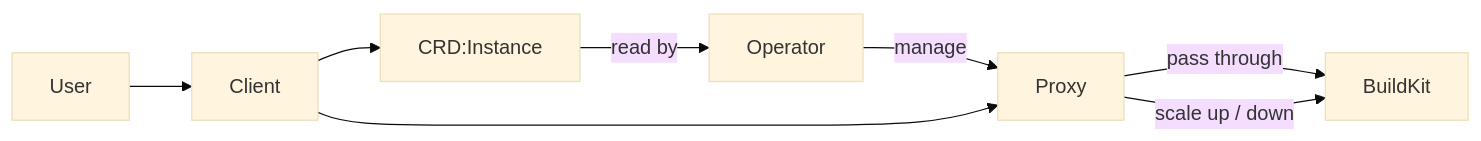
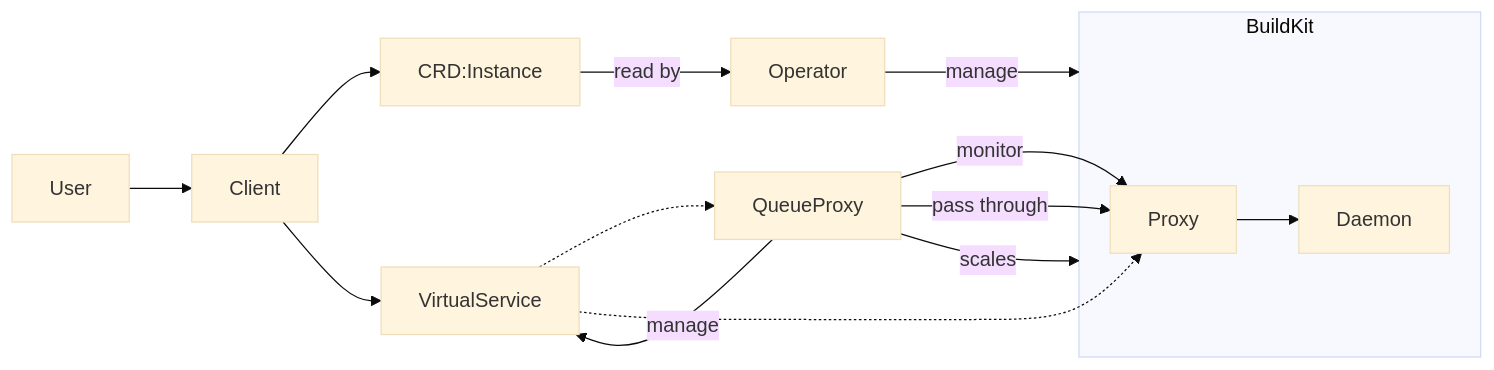
One commit to benjamin-wright/remote-build changed the diagram in README.md. Above: the diagram before and after it, drawn with Mermaid (base theme). The commit also changed other lines of this file, not shown here.

Commit message:
refining the plan

````diff
--- a/README.md
+++ b/README.md
@@ -18,11 +20,21 @@
 ```mermaid
 flowchart LR
   User --> Client
   Client --> CRD:Instance
   CRD:Instance -- read by --> Operator 
-  Operator -- manage --> Proxy
-  Client --> Proxy
-  Proxy -- pass through --> BuildKit
-  Proxy -- scale up / down --> BuildKit
+  Operator -- manage --> BuildKit
+  
+  Client --> VirtualService
 
+  QueueProxy -- monitor --> Proxy
+  QueueProxy -- pass through --> Proxy
+  QueueProxy -- manage --> VirtualService
+  QueueProxy -- scales --> BuildKit
+
+  VirtualService -.-> QueueProxy
+  VirtualService -.-> Proxy
+
+  subgraph BuildKit
+    Proxy --> Daemon
+  end
 ```
````
